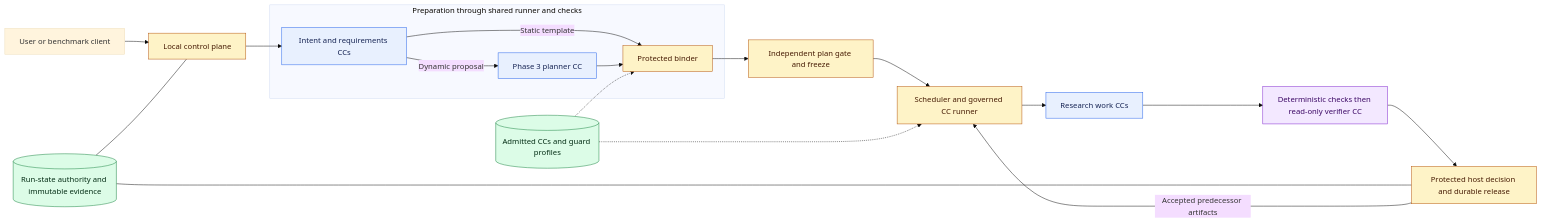
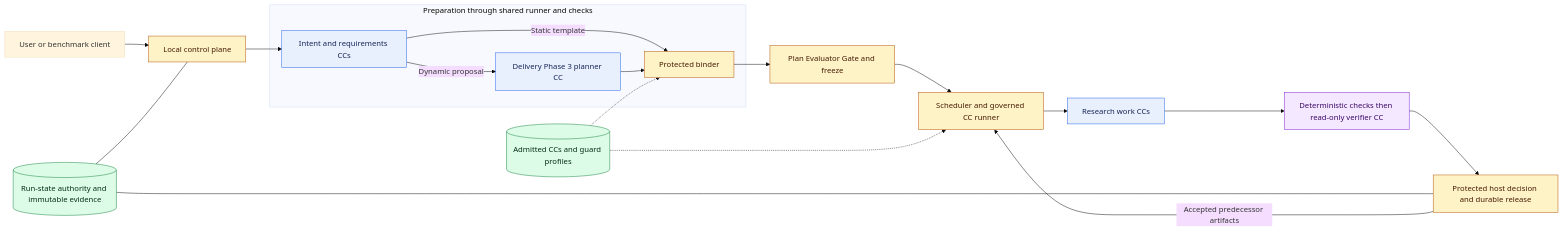
The diagram in docs/architecture/build-package/README.md (Stellven/jiuwenswarm), drawn with Mermaid (base theme) before and after one commit. The commit also changed other lines of this file and 39 other files, not shown here.

Commit message:
Standardize architecture vocabulary and name the Phase 1 intent slice

````diff
--- a/docs/architecture/build-package/README.md
+++ b/docs/architecture/build-package/README.md
@@ -87,30 +56,30 @@
 ```mermaid
 flowchart LR
     Client[User or benchmark client] --> UI[Local control plane]
     subgraph Preparation[Preparation through shared runner and checks]
         Prep[Intent and requirements CCs]
-        Planner[Phase 3 planner CC]
+        Planner[Delivery Phase 3 planner CC]
         Binder[Protected binder]
         Prep -->|Static template| Binder
         Prep -->|Dynamic proposal| Planner --> Binder
     end
     UI --> Prep
-    Binder --> Freeze[Independent plan gate and freeze]
+    Binder --> Freeze[Plan Evaluator Gate and freeze]
     Freeze --> Runner[Scheduler and governed CC runner]
     Runner --> Work[Research work CCs]
     Work --> Guard[Deterministic checks then read-only verifier CC]
     Guard --> Host[Protected host decision and durable release]
     Host -->|Accepted predecessor artifacts| Runner
     Library[(Admitted CCs and guard profiles)] -.-> Binder
     Library -.-> Runner
     State[(Run-state authority and immutable evidence)] --- Host
     State --- UI
     classDef work fill:#E8F0FE,stroke:#2563EB,color:#172554
     classDef verify fill:#F3E8FF,stroke:#7E22CE,color:#3B0764
     classDef control fill:#FEF3C7,stroke:#B45309,color:#451A03
     classDef data fill:#DCFCE7,stroke:#15803D,color:#052E16
     class Prep,Planner,Work work
     class Guard verify
     class UI,Binder,Freeze,Runner,Host control
     class Library,State data
 ```
````
